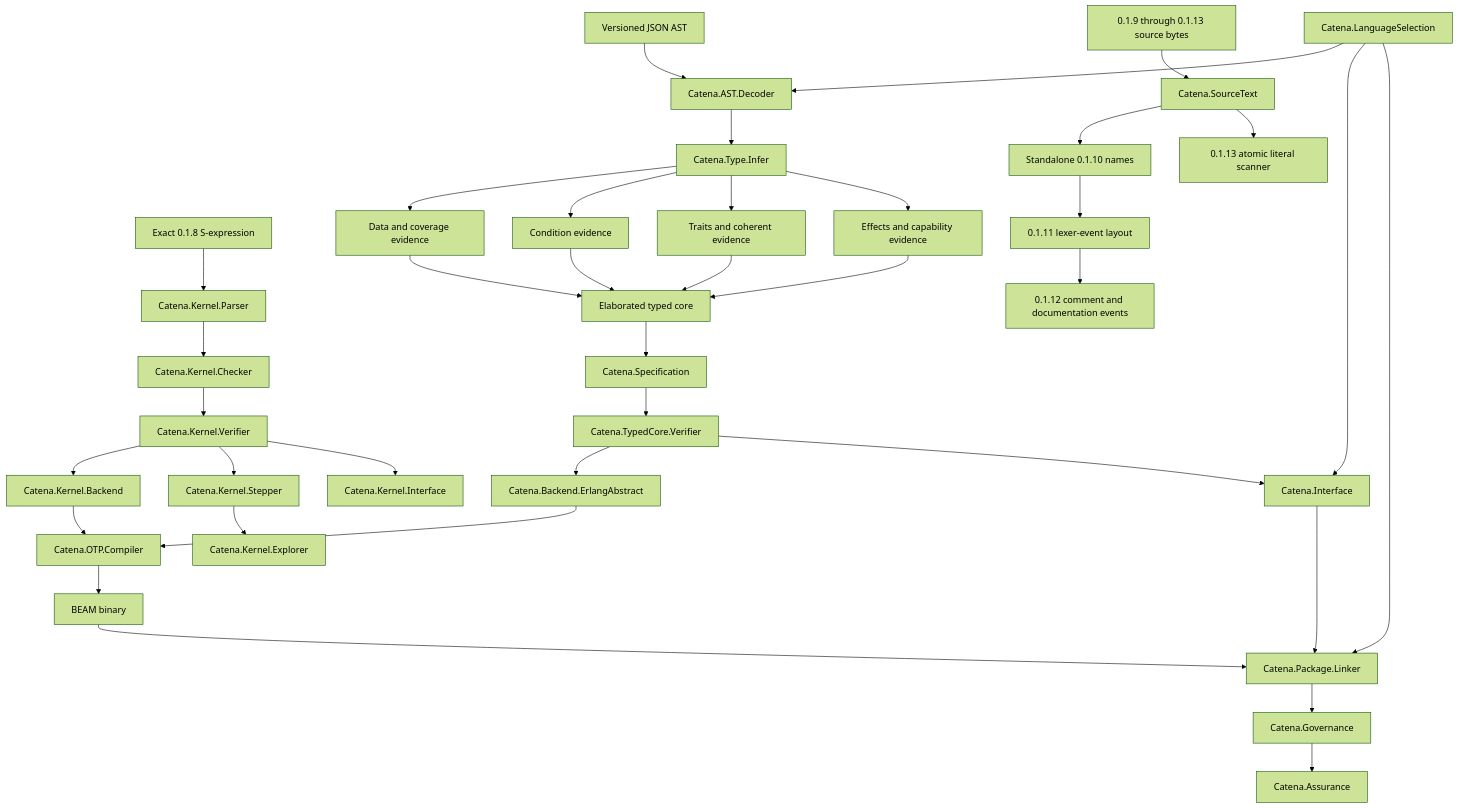
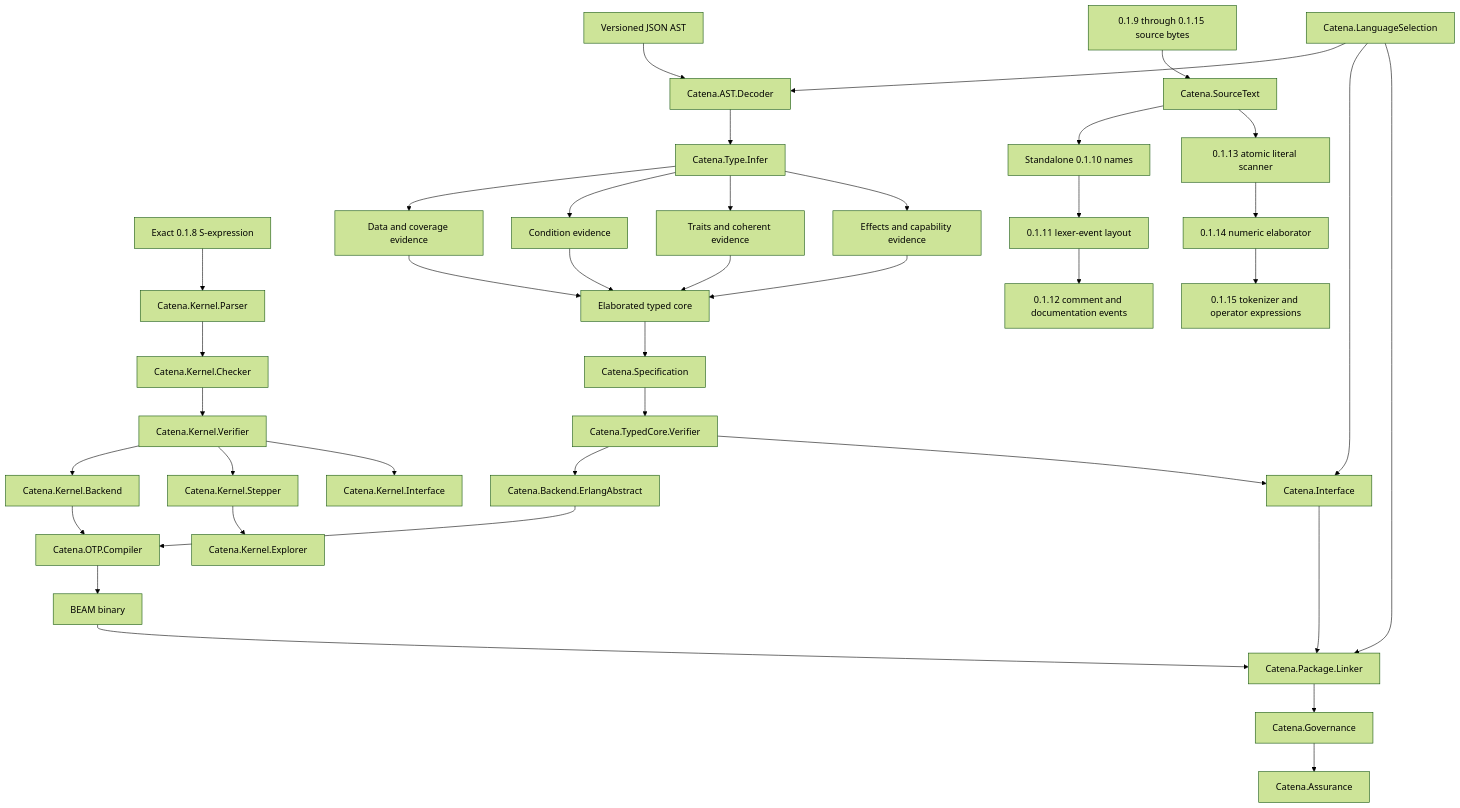
The diagram in guides/development/compiler-architecture.md (pcharbon70/catena), drawn with Mermaid (forest theme) before and after one commit. The commit also changed other lines of this file and 25 other files, not shown here.

````diff
--- a/guides/development/compiler-architecture.md
+++ b/guides/development/compiler-architecture.md
@@ -46,40 +46,42 @@
 ```mermaid
 flowchart TD
     JSON[Versioned JSON AST] --> Decoder[Catena.AST.Decoder]
     Kernel[Exact 0.1.8 S-expression] --> KParser[Catena.Kernel.Parser]
-    Source[0.1.9 through 0.1.13 source bytes] --> SourceText[Catena.SourceText]
+    Source[0.1.9 through 0.1.15 source bytes] --> SourceText[Catena.SourceText]
     SourceText --> Names[Standalone 0.1.10 names]
     Names --> Layout[0.1.11 lexer-event layout]
     Layout --> Comments[0.1.12 comment and documentation events]
     SourceText --> Literals[0.1.13 atomic literal scanner]
+    Literals --> Numeric[0.1.14 numeric elaborator]
+    Numeric --> Tokens[0.1.15 tokenizer and operator expressions]
     Selection[Catena.LanguageSelection] --> Decoder
     Decoder --> Infer[Catena.Type.Infer]
     Infer --> Data[Data and coverage evidence]
     Infer --> Cond[Condition evidence]
     Infer --> Cat[Traits and coherent evidence]
     Infer --> FX[Effects and capability evidence]
     Data --> Core[Elaborated typed core]
     Cond --> Core
     Cat --> Core
     FX --> Core
     Core --> Spec[Catena.Specification]
     Spec --> Verify[Catena.TypedCore.Verifier]
     Verify --> Backend[Catena.Backend.ErlangAbstract]
     Backend --> OTP[Catena.OTP.Compiler]
     OTP --> Beam[BEAM binary]
     Verify --> Interface[Catena.Interface]
     KParser --> KCheck[Catena.Kernel.Checker]
     KCheck --> KVerify[Catena.Kernel.Verifier]
     KVerify --> KBackend[Catena.Kernel.Backend]
     KVerify --> Stepper[Catena.Kernel.Stepper]
     Stepper --> Explorer[Catena.Kernel.Explorer]
     KBackend --> OTP
     KVerify --> KInterface[Catena.Kernel.Interface]
 
     Beam --> Linker[Catena.Package.Linker]
     Interface --> Linker
     Selection --> Interface
     Selection --> Linker
     Linker --> Governance[Catena.Governance]
     Governance --> Assurance[Catena.Assurance]
 ```
````
